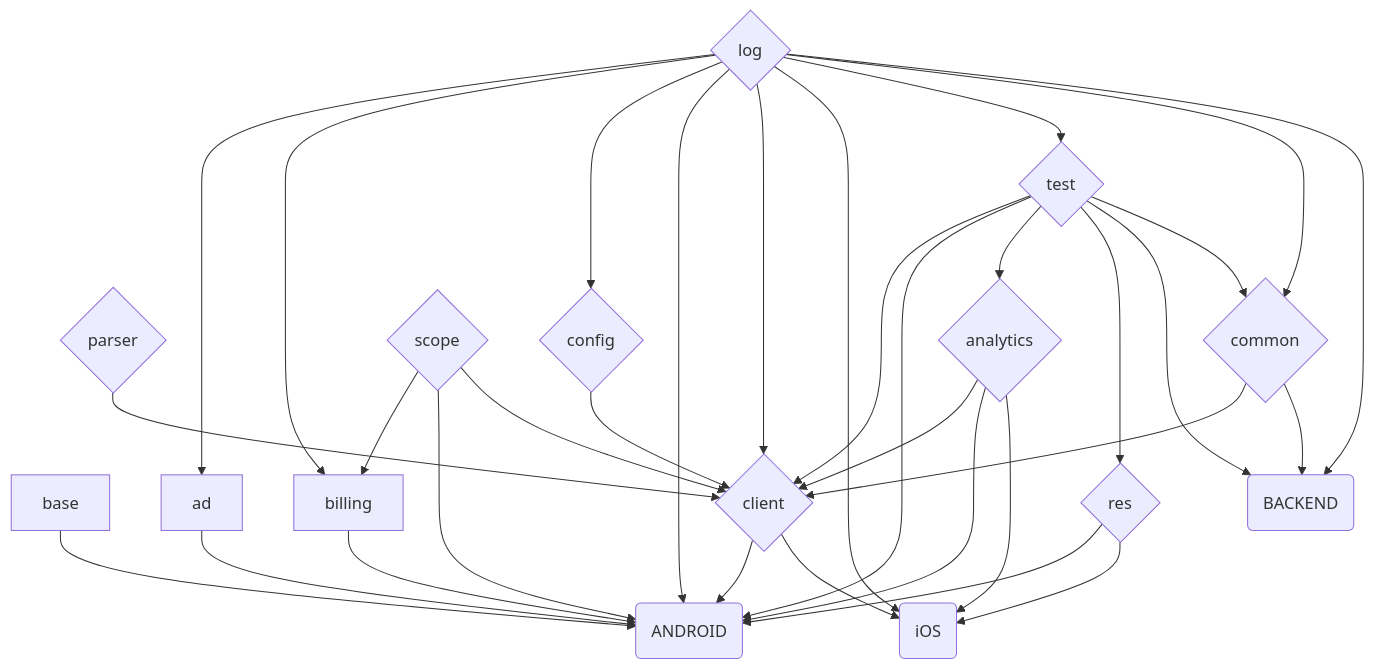
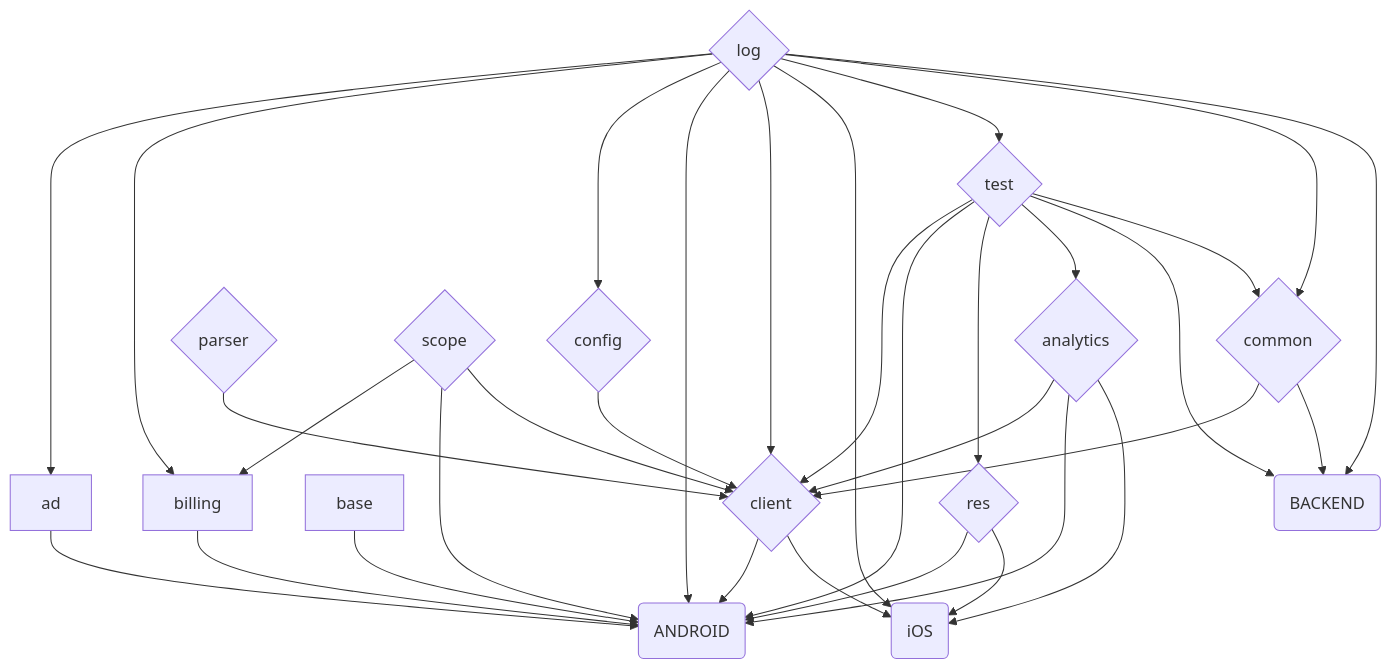
One commit to Oztechan/CCC changed the first of 3 diagrams in README.md. Above: the diagram before and after it, drawn with Mermaid.

Commit message:
[#1162] update README.md

````diff
--- a/README.md
+++ b/README.md
@@ -28,64 +28,66 @@
 ```mermaid
 graph TD;
-base --> ANDROID
-
-parser --> client
 
 ad-->ANDROID
 
 billing-->ANDROID
 
+base --> ANDROID
+
 test --> client
 test --> ANDROID
+test --> res
 test --> analytics
-test --> res
 test --> BACKEND
 test --> common
+
+parser --> client
 
 scope --> billing
 scope --> ANDROID
 scope --> client
 
 config-->client
 
 analytics-->client
 analytics --> ANDROID
 analytics --> iOS
 
 client-->ANDROID
 client-->iOS
 
 res-->ANDROID
 res-->iOS
 
 log --> ad
 log --> billing
 log --> config
 log --> ANDROID
 log --> client
 log --> iOS
 log --> test
 log --> common
 log --> BACKEND
 
+
 common-->client
 common-->BACKEND
 
 log{log}
 test{test}
 analytics{analytics}
 common{common}
 client{client}
 scope{scope}
 config{config}
 res{res}
 parser{parser}
 
 ad
 billing
 base
 
 ANDROID(ANDROID)
 iOS(iOS)
 BACKEND(BACKEND)
 ```
````
